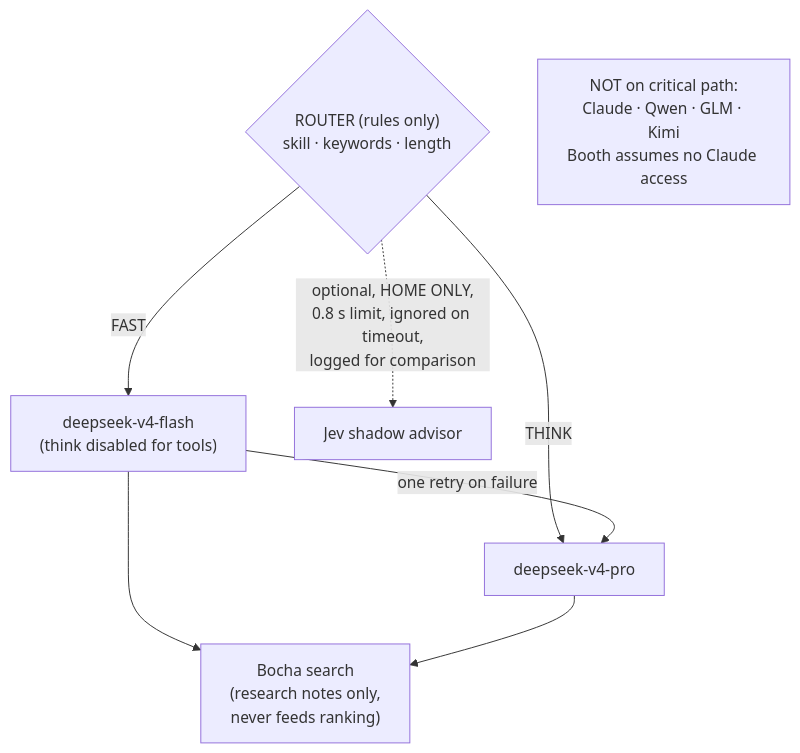
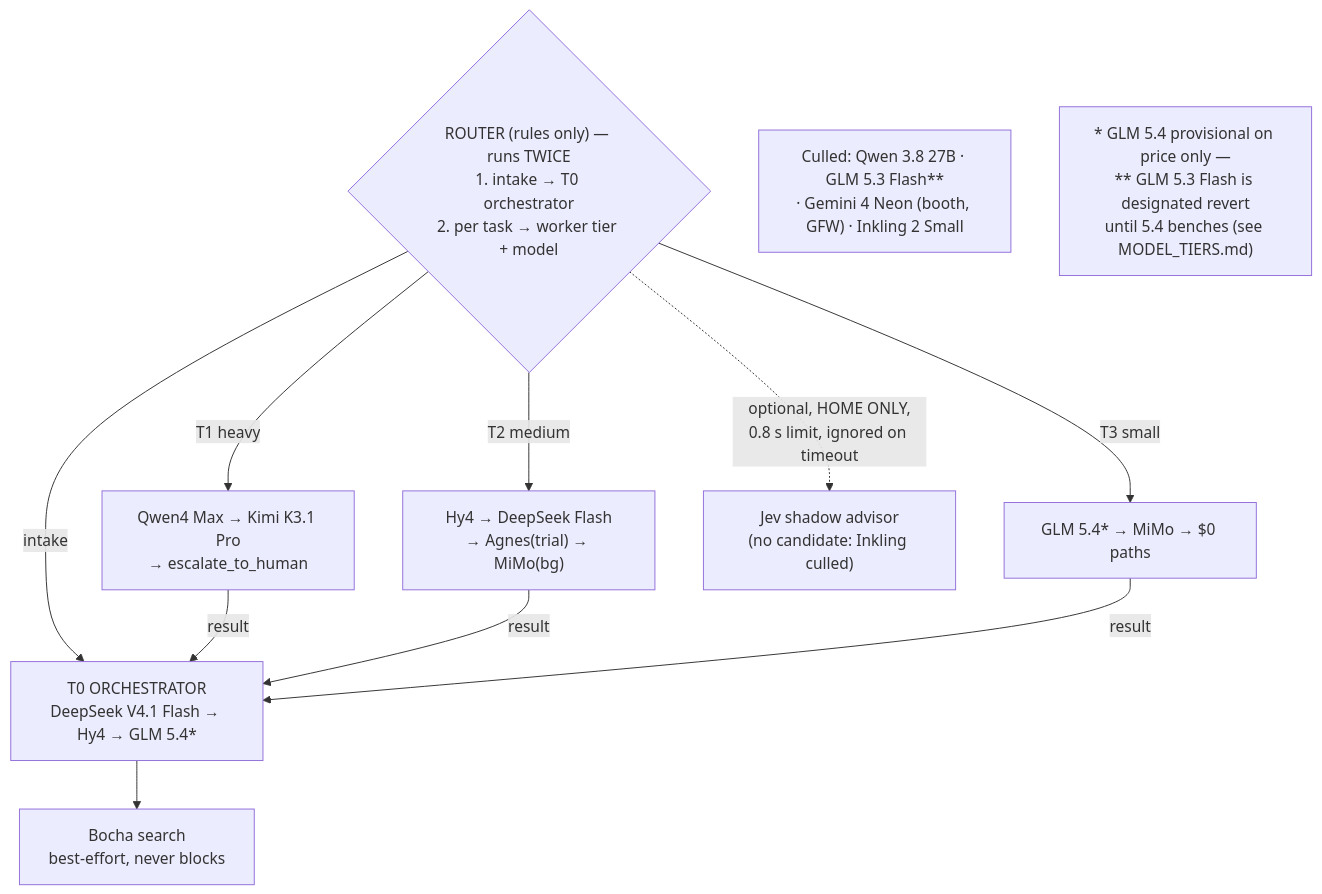
The sixth of 9 diagrams in docs/ARCHITECTURE_DIAGRAMS.md (Daijay/si-console), drawn with Mermaid before and after one commit. The commit also changed other lines of this file and 1 other file, not shown here.

Commit message:
docs: align architecture docs with four-tier model roster

````diff
--- a/docs/ARCHITECTURE_DIAGRAMS.md
+++ b/docs/ARCHITECTURE_DIAGRAMS.md
@@ -220,11 +228,16 @@
 ```mermaid
 flowchart TB
-    R{"ROUTER (rules only)<br/>skill · keywords · length"}
-    R -->|FAST| F["deepseek-v4-flash<br/>(think disabled for tools)"]
-    R -->|THINK| P["deepseek-v4-pro"]
-    F -->|one retry on failure| P
-    R -.->|"optional, HOME ONLY,<br/>0.8 s limit, ignored on timeout,<br/>logged for comparison"| J["Jev shadow advisor"]
-    F --> B["Bocha search<br/>(research notes only,<br/>never feeds ranking)"]
-    P --> B
-    OTHERS["NOT on critical path:<br/>Claude · Qwen · GLM · Kimi<br/>Booth assumes no Claude access"]
+    R{"ROUTER (rules only) — runs TWICE<br/>1. intake → T0 orchestrator<br/>2. per task → worker tier + model"}
+
+    R -->|intake| T0["T0 ORCHESTRATOR<br/>DeepSeek V4.1 Flash → Hy4 → GLM 5.4*"]
+
+    R -->|T3 small| T3["GLM 5.4* → MiMo → $0 paths"]
+    R -->|T2 medium| T2["Hy4 → DeepSeek Flash<br/>→ Agnes(trial) → MiMo(bg)"]
+    R -->|T1 heavy| T1["Qwen4 Max → Kimi K3.1 Pro<br/>→ escalate_to_human"]
+
+    T1 & T2 & T3 -->|result| T0
+    T0 --> B["Bocha search<br/>best-effort, never blocks"]
+    R -.->|"optional, HOME ONLY,<br/>0.8 s limit, ignored on timeout"| J["Jev shadow advisor<br/>(no candidate: Inkling culled)"]
+    CULL["Culled: Qwen 3.8 27B · GLM 5.3 Flash**<br/>· Gemini 4 Neon (booth, GFW) · Inkling 2 Small"]
+    NOTE["* GLM 5.4 provisional on price only —<br/>** GLM 5.3 Flash is designated revert<br/>until 5.4 benches (see MODEL_TIERS.md)"]
 ```
````
